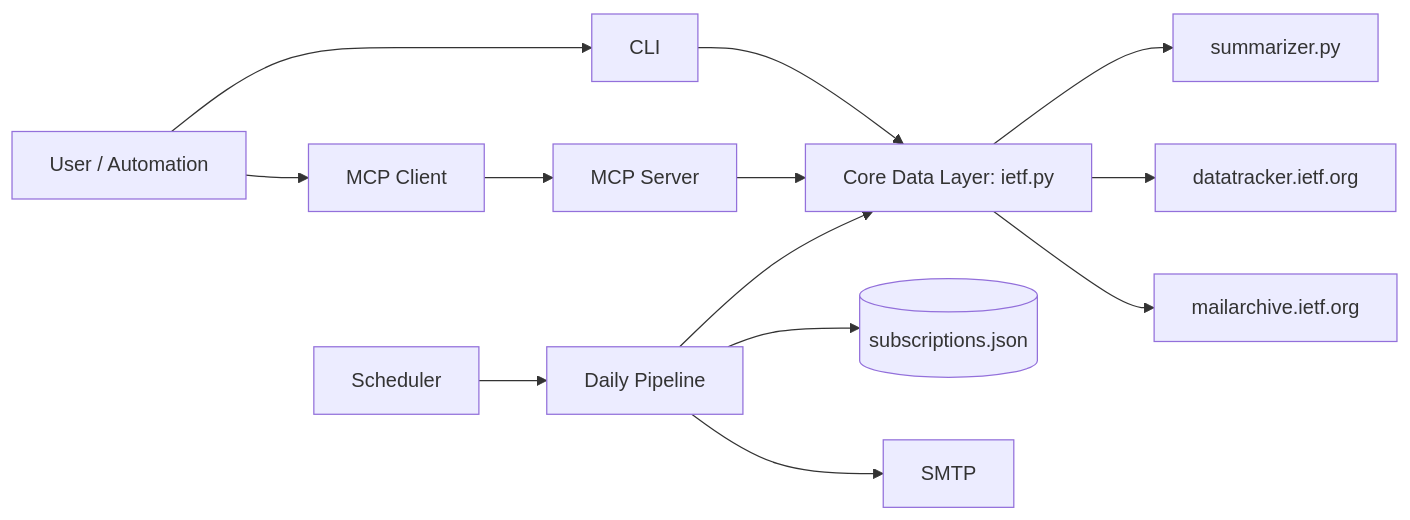
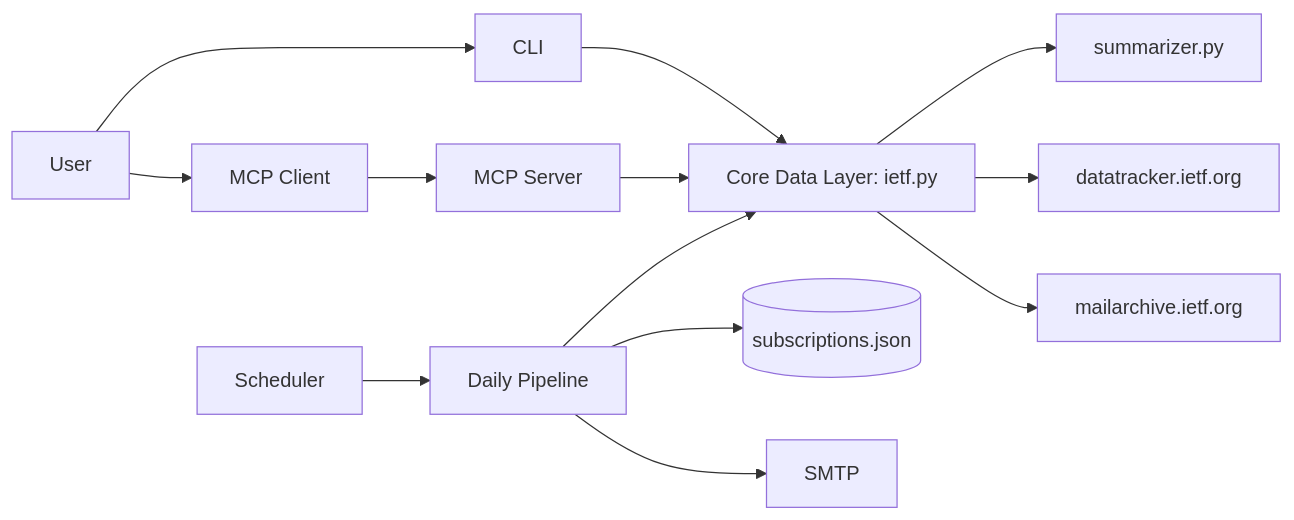
Before and after one commit to addogra/IETF-Learning-Tools: the diagram in ARCHITECTURE.md, drawn with Mermaid. The commit also changed other lines of this file and 38 other files, not shown here.

````diff
--- a/ARCHITECTURE.md
+++ b/ARCHITECTURE.md
@@ -41,15 +35,18 @@
 ```mermaid
 flowchart LR
-  User[User / Automation] --> CLI[CLI]
-  User --> MCPClient[MCP Client]
+  U[User] --> CLI[CLI]
+  U --> MCPClient[MCP Client]
   MCPClient --> MCP[MCP Server]
   Sched[Scheduler] --> Daily[Daily Pipeline]
+
   CLI --> Core[Core Data Layer: ietf.py]
   MCP --> Core
   Daily --> Core
   Core --> Sum[summarizer.py]
+
   Daily --> Subs[(subscriptions.json)]
   Daily --> SMTP[SMTP]
+
   Core --> DT[datatracker.ietf.org]
   Core --> MA[mailarchive.ietf.org]
 ```
````
